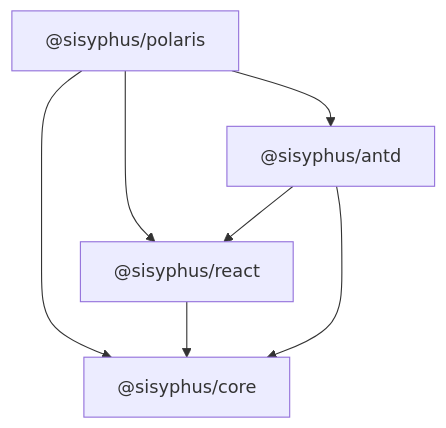
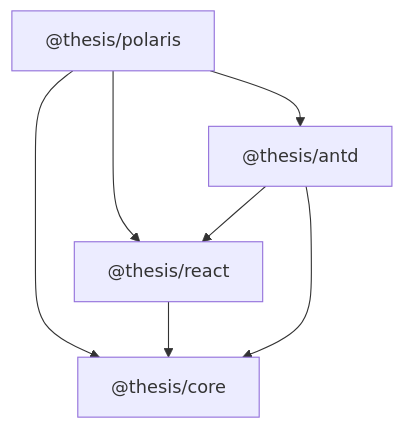
One commit to huang-xiao-jian/themis changed the diagram in AGENTS.md. Above: the diagram before and after it, drawn with Mermaid. The commit also changed other lines of this file and 49 other files, not shown here.

````diff
--- a/AGENTS.md
+++ b/AGENTS.md
@@ -28,14 +28,14 @@
 ```mermaid
 graph TD
-    core["@sisyphus/core"]
-    react["@sisyphus/react"]
-    antd["@sisyphus/antd"]
-    polaris["@sisyphus/polaris"]
+    core["@thesis/core"]
+    react["@thesis/react"]
+    antd["@thesis/antd"]
+    polaris["@thesis/polaris"]
 
     react --> core
     antd --> react
     antd --> core
     polaris --> core
     polaris --> react
     polaris --> antd
 ```
````
